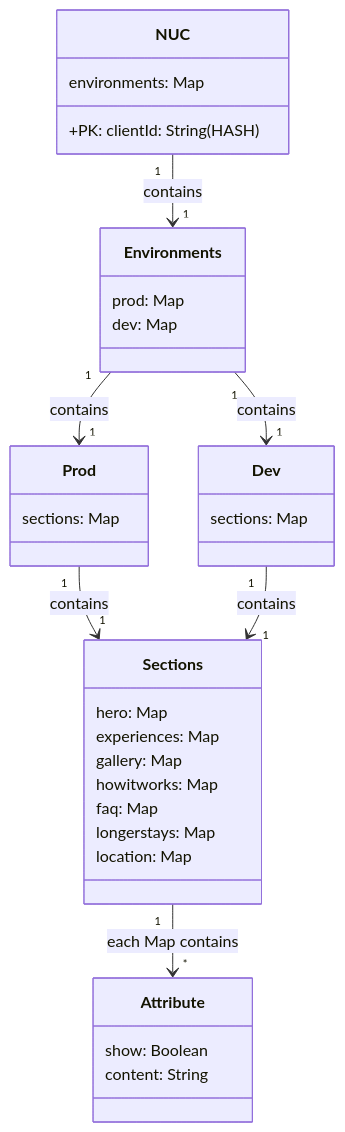
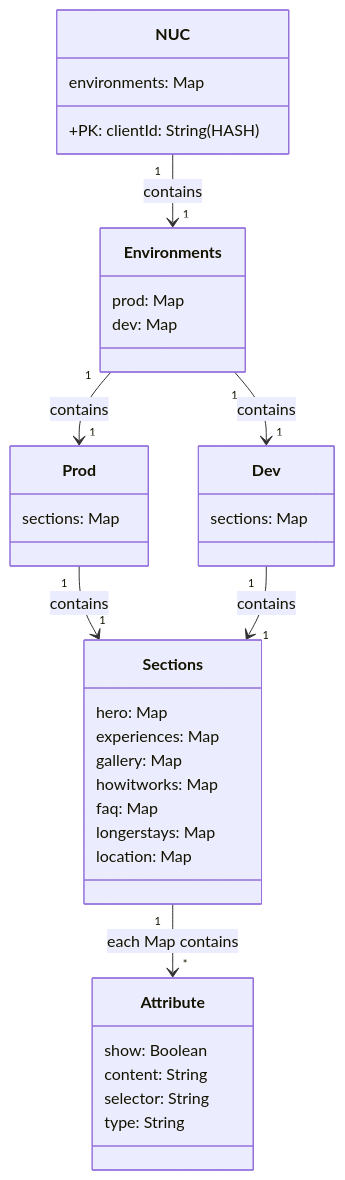
One commit to ABRGI/nelson-unified-cms changed the diagram in tools/dynamodb-utils/README.md. Above: the diagram before and after it, drawn with Mermaid. The commit also changed other lines of this file, not shown here.

Commit message:
Update and enhance README for dynamodb-utils tool.

````diff
--- a/tools/dynamodb-utils/README.md
+++ b/tools/dynamodb-utils/README.md
@@ -3,43 +5,45 @@
 ```mermaid
 classDiagram
 
 class NUC {
     environments: Map
     +PK: clientId: String (HASH)
 }
 
 class Environments {
     prod: Map
     dev: Map
 }
 
 class Prod {
     sections: Map
 }
 
 class Dev {
     sections: Map
 }
 
 class Sections {
     hero: Map
     experiences: Map
     gallery: Map
     howitworks: Map
     faq: Map
     longerstays: Map
     location: Map
 }
 
 class Attribute {
     show: Boolean
     content: String
+    selector: String
+    type: String
 }
 
 NUC "1" --> "1" Environments : contains
 Environments "1" --> "1" Prod : contains
 Environments "1" --> "1" Dev : contains
 Prod "1" --> "1" Sections : contains
 Dev "1" --> "1" Sections : contains
 Sections "1" --> "*" Attribute : each Map contains
 ```
````
